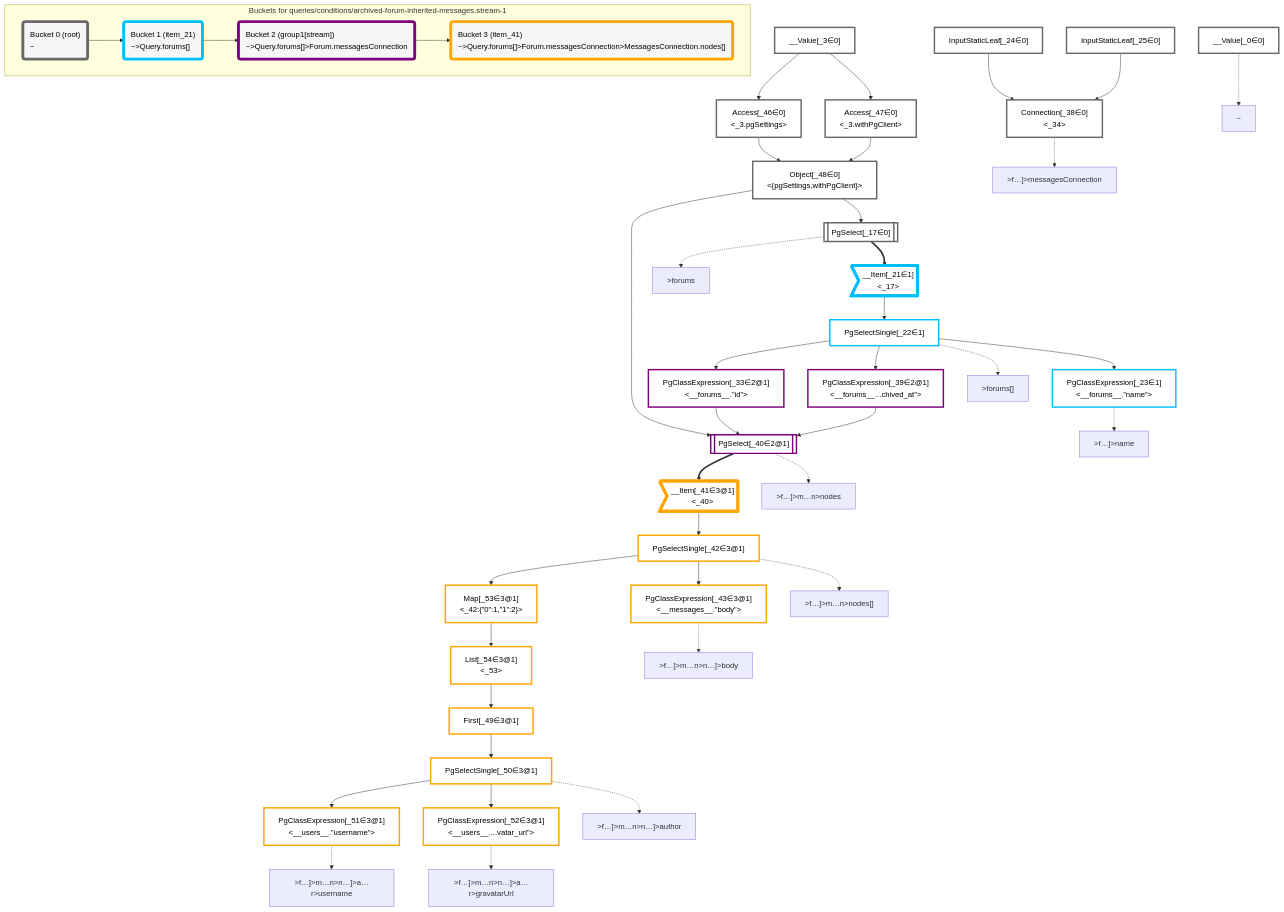
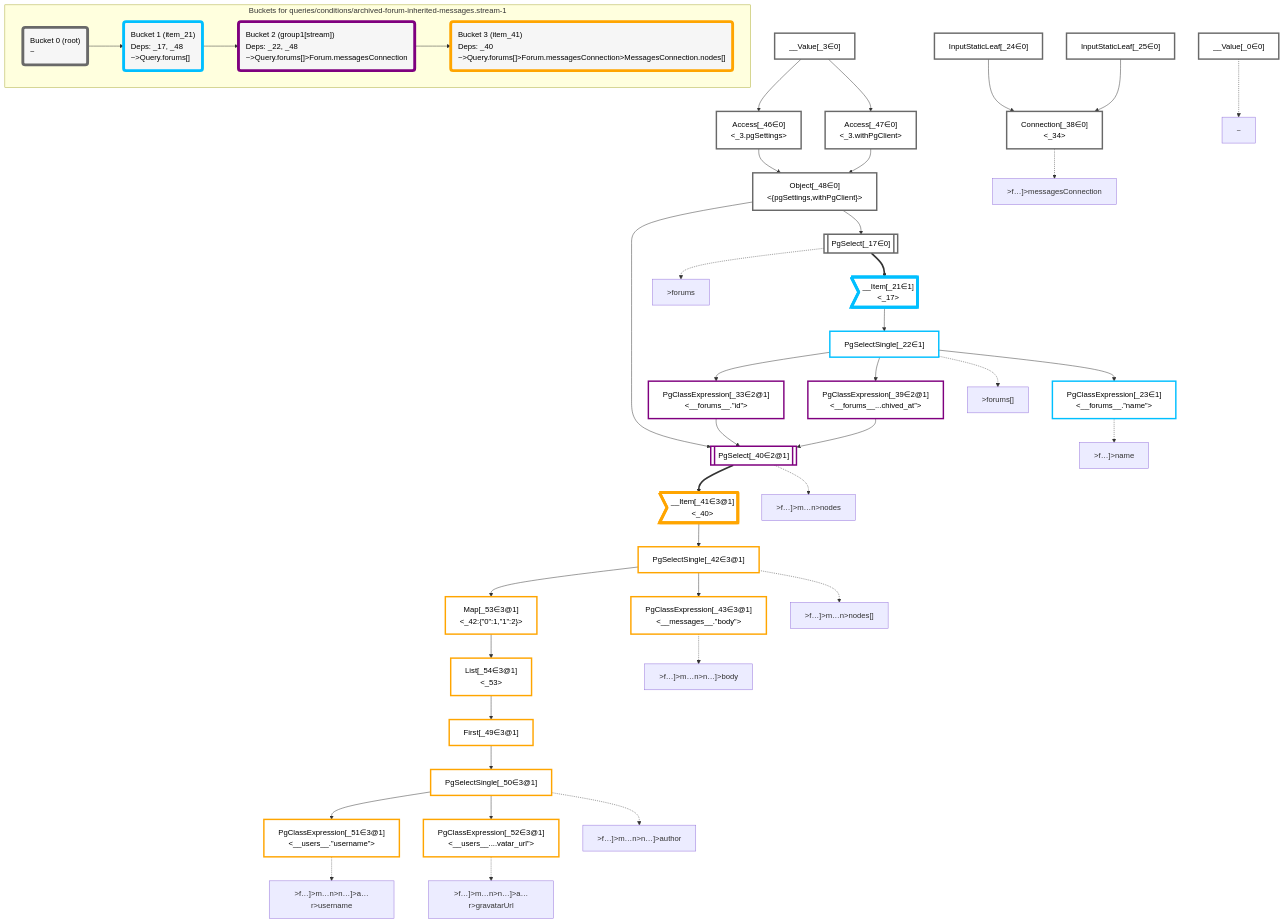
The diagram in packages/dataplan-pg/__tests__/queries/conditions/archived-forum-inherited-messages.stream-1.mermaid.md (graphile/crystal), drawn with Mermaid before and after one commit. The commit also changed 157 other files, not shown here.

Commit message:
Add deps to all query snapshots

```diff
--- a/packages/dataplan-pg/__tests__/queries/conditions/archived-forum-inherited-messages.stream-1.mermaid.md
+++ b/packages/dataplan-pg/__tests__/queries/conditions/archived-forum-inherited-messages.stream-1.mermaid.md
@@ -96,13 +96,13 @@
     subgraph "Buckets for queries/conditions/archived-forum-inherited-messages.stream-1"
     Bucket0("Bucket 0 (root)<br />~"):::bucket
     style Bucket0 stroke:#696969
-    Bucket1("Bucket 1 (item_21)<br />~>Query.forums[]"):::bucket
+    Bucket1("Bucket 1 (item_21)<br />Deps: _17, _48<br />~>Query.forums[]"):::bucket
     style Bucket1 stroke:#00bfff
     Bucket0 --> Bucket1
-    Bucket2("Bucket 2 (group1[stream])<br />~>Query.forums[]>Forum.messagesConnection"):::bucket
+    Bucket2("Bucket 2 (group1[stream])<br />Deps: _22, _48<br />~>Query.forums[]>Forum.messagesConnection"):::bucket
     style Bucket2 stroke:#7f007f
     Bucket1 --> Bucket2
-    Bucket3("Bucket 3 (item_41)<br />~>Query.forums[]>Forum.messagesConnection>MessagesConnection.nodes[]"):::bucket
+    Bucket3("Bucket 3 (item_41)<br />Deps: _40<br />~>Query.forums[]>Forum.messagesConnection>MessagesConnection.nodes[]"):::bucket
     style Bucket3 stroke:#ffa500
     Bucket2 --> Bucket3
     end
```
